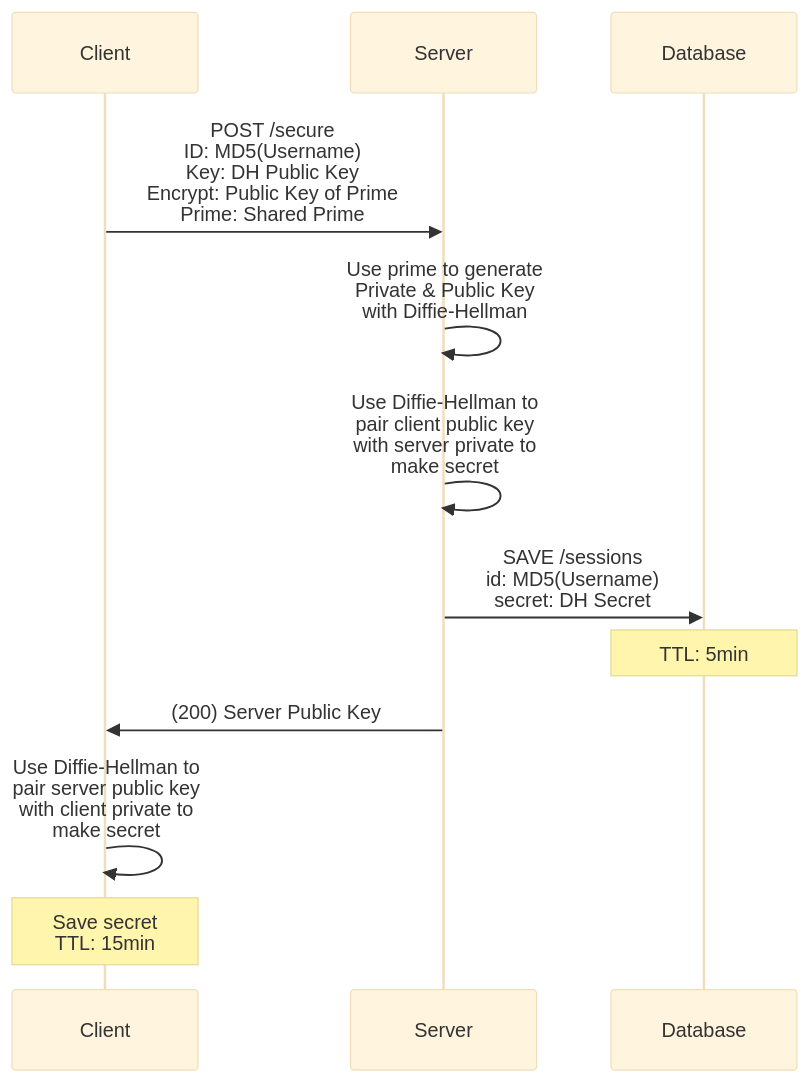
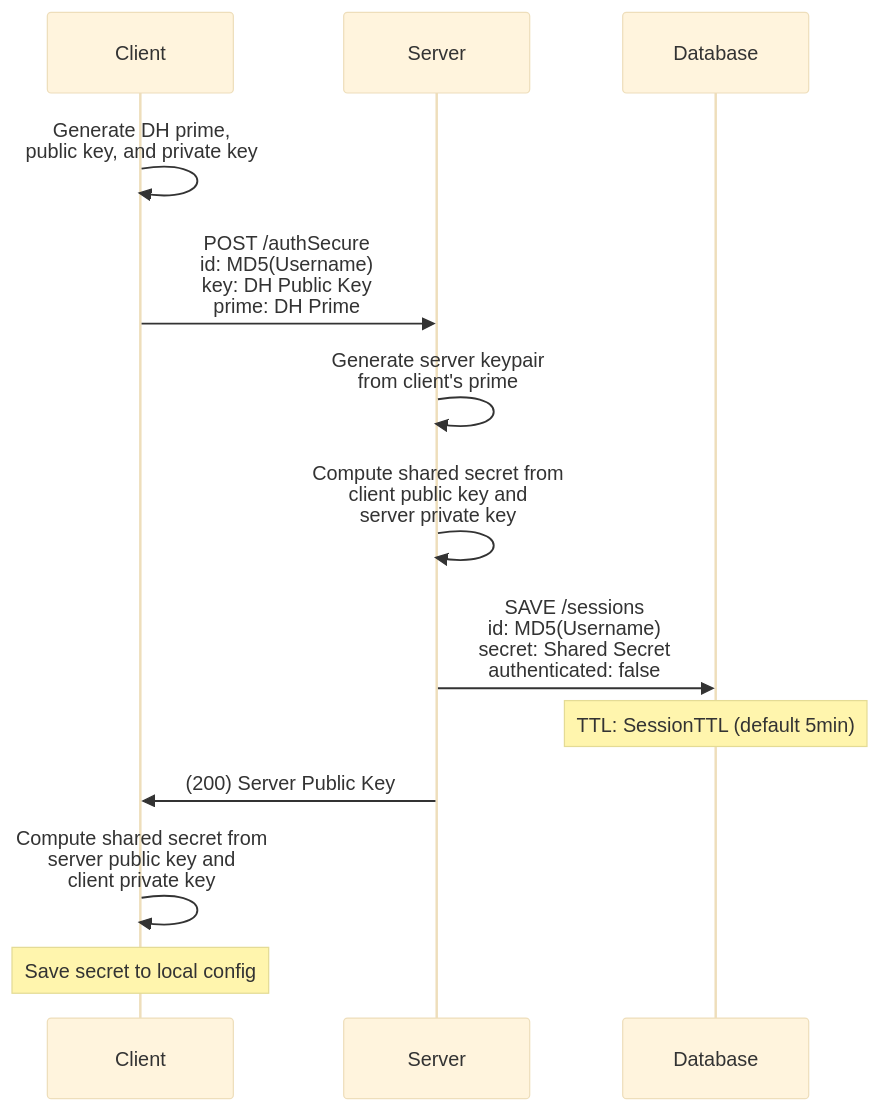
Before and after one commit to NathanielInman/credential-broker: the third of 5 diagrams in README.md, drawn with Mermaid (base theme). The commit also changed other lines of this file, not shown here.

````diff
--- a/README.md
+++ b/README.md
@@ -101,22 +101,24 @@
 ```mermaid
 sequenceDiagram
     participant C as Client
     participant S as Server
     participant DB as Database
 
-    C->>S: POST /secure<br/>ID: MD5(Username)<br/>Key: DH Public Key<br/>Encrypt: Public Key of Prime<br/>Prime: Shared Prime
+    C->>C: Generate DH prime,<br/>public key, and private key
 
-    S->>S: Use prime to generate<br/>Private & Public Key<br/>with Diffie-Hellman
+    C->>S: POST /authSecure<br/>id: MD5(Username)<br/>key: DH Public Key<br/>prime: DH Prime
 
-    S->>S: Use Diffie-Hellman to<br/>pair client public key<br/>with server private to<br/>make secret
+    S->>S: Generate server keypair<br/>from client's prime
 
-    S->>DB: SAVE /sessions<br/>id: MD5(Username)<br/>secret: DH Secret
+    S->>S: Compute shared secret from<br/>client public key and<br/>server private key
 
-    Note over DB: TTL: 5min
+    S->>DB: SAVE /sessions<br/>id: MD5(Username)<br/>secret: Shared Secret<br/>authenticated: false
+
+    Note over DB: TTL: SessionTTL (default 5min)
 
     S->>C: (200) Server Public Key
 
-    C->>C: Use Diffie-Hellman to<br/>pair server public key<br/>with client private to<br/>make secret
+    C->>C: Compute shared secret from<br/>server public key and<br/>client private key
 
-    Note over C: Save secret<br/>TTL: 15min
+    Note over C: Save secret to local config
 ```
````
